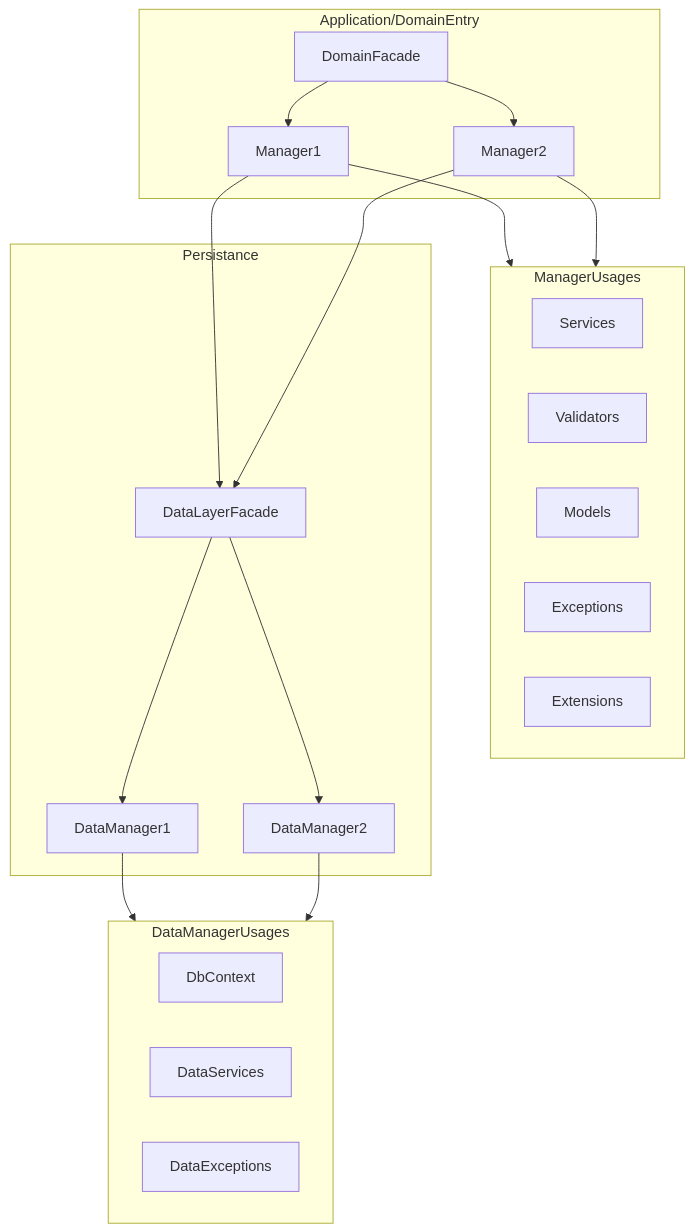
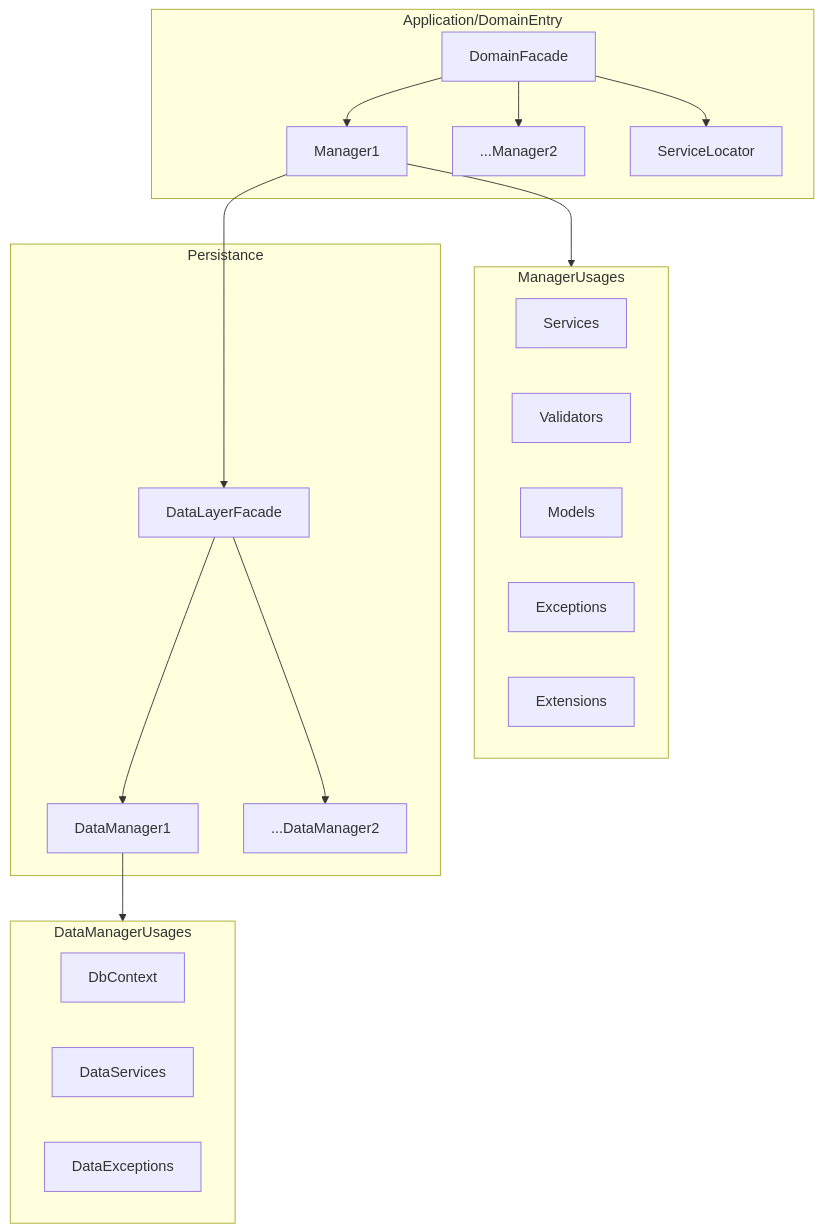
The first of 2 diagrams in README.md (RobinAxelsson/Air), drawn with Mermaid before and after one commit. The commit also changed other lines of this file and 25 other files, not shown here.

````diff
--- a/README.md
+++ b/README.md
@@ -44,33 +44,31 @@
 ```mermaid
 graph TD
     Manager1 --> ManagerUsages
     Manager1 --> DataLayerFacade
-    Manager2 --> DataLayerFacade
-    Manager2 --> ManagerUsages
     DataManager1 --> DataManagerUsages
-    DataManager2 --> DataManagerUsages
 
     subgraph Application/DomainEntry
     DomainFacade --> Manager1
-    DomainFacade --> Manager2
+    DomainFacade --> ...Manager2
+    DomainFacade --> ServiceLocator
     end
 
     subgraph ManagerUsages
     Services
     Validators
     Models
     Exceptions
     Extensions
     end
 
     subgraph Persistance
     DataLayerFacade --> DataManager1
-    DataLayerFacade --> DataManager2
+    DataLayerFacade --> ...DataManager2
     end
 
     subgraph DataManagerUsages
     DbContext
     DataServices
     DataExceptions
     end
 ```
````
